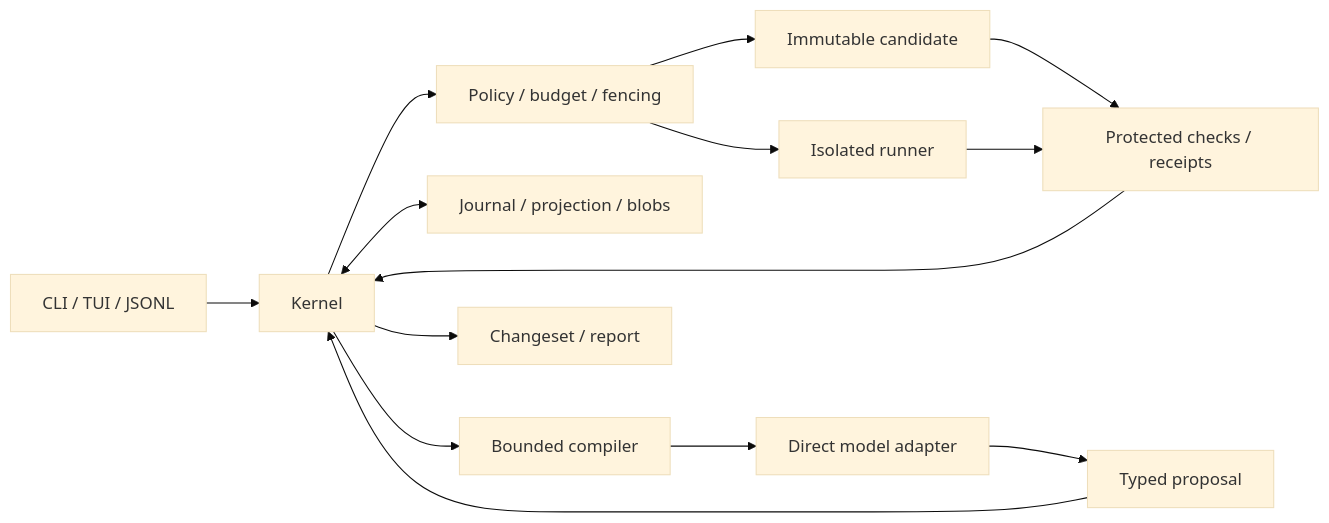
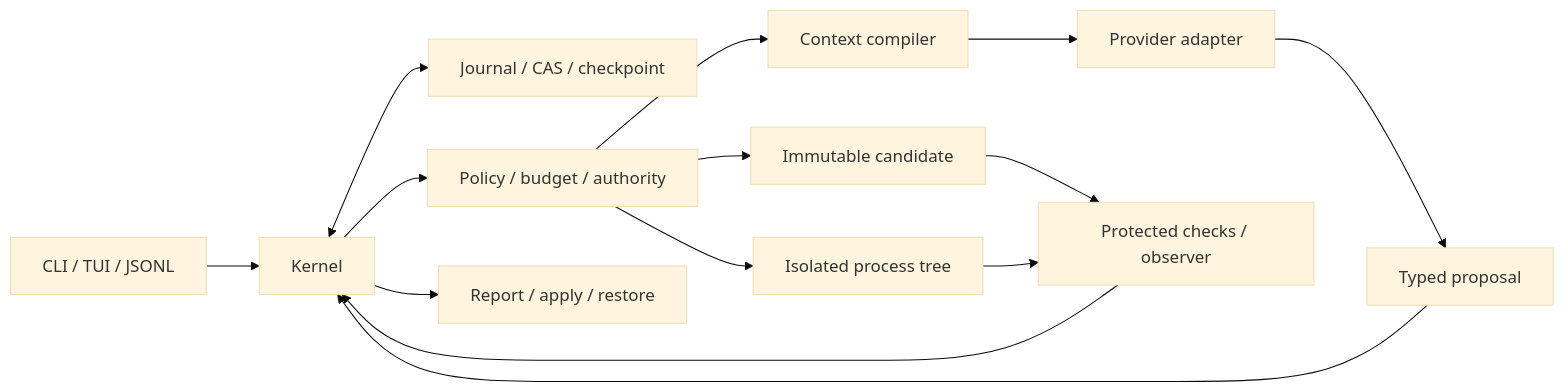
Before and after one commit to ixayldz/Viber: the diagram in docs/IMPLEMENTATION_PLAN.md, drawn with Mermaid (base theme). The commit also changed other lines of this file and 21 other files, not shown here.

````diff
--- a/docs/IMPLEMENTATION_PLAN.md
+++ b/docs/IMPLEMENTATION_PLAN.md
@@ -15,16 +25,16 @@
 ```mermaid
 flowchart LR
-  CLI[CLI / TUI / JSONL] --> Kernel
-  Kernel --> Gate[Policy / budget / fencing]
-  Kernel <--> Store[Journal / projection / blobs]
-  Kernel --> Context[Bounded compiler]
-  Context --> Model[Direct model adapter]
+  User[CLI / TUI / JSONL] --> Kernel
+  Kernel <--> Store[Journal / CAS / checkpoint]
+  Kernel --> Admission[Policy / budget / authority]
+  Admission --> Context[Context compiler]
+  Context --> Model[Provider adapter]
   Model --> Proposal[Typed proposal]
   Proposal --> Kernel
-  Gate --> Workspace[Immutable candidate]
-  Gate --> Runner[Isolated runner]
-  Workspace --> Verify[Protected checks / receipts]
-  Runner --> Verify
-  Verify --> Kernel
-  Kernel --> Delivery[Changeset / report]
+  Admission --> Candidate[Immutable candidate]
+  Admission --> Runner[Isolated process tree]
+  Candidate --> Verification[Protected checks / observer]
+  Runner --> Verification
+  Verification --> Kernel
+  Kernel --> Delivery[Report / apply / restore]
 ```
````
